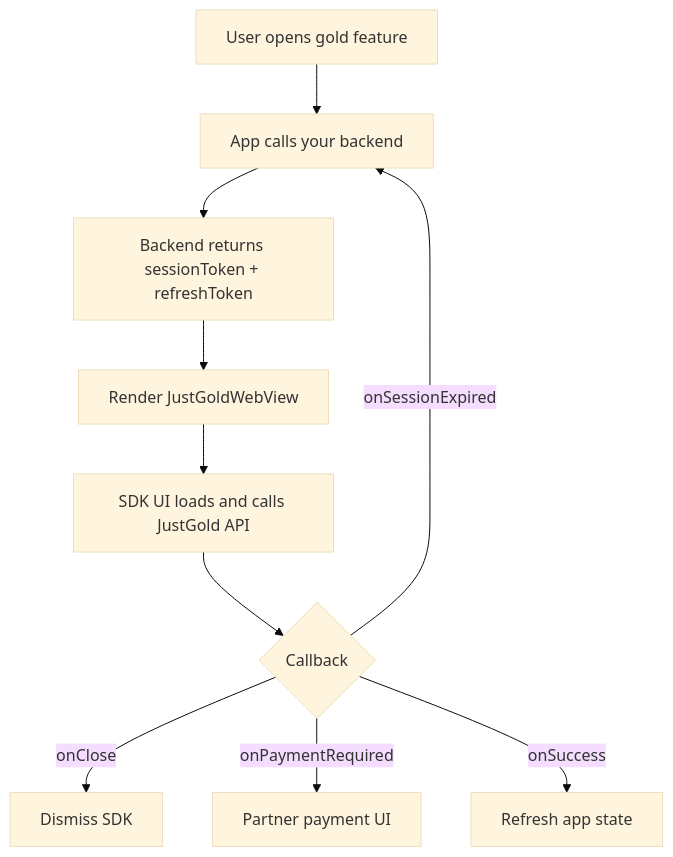
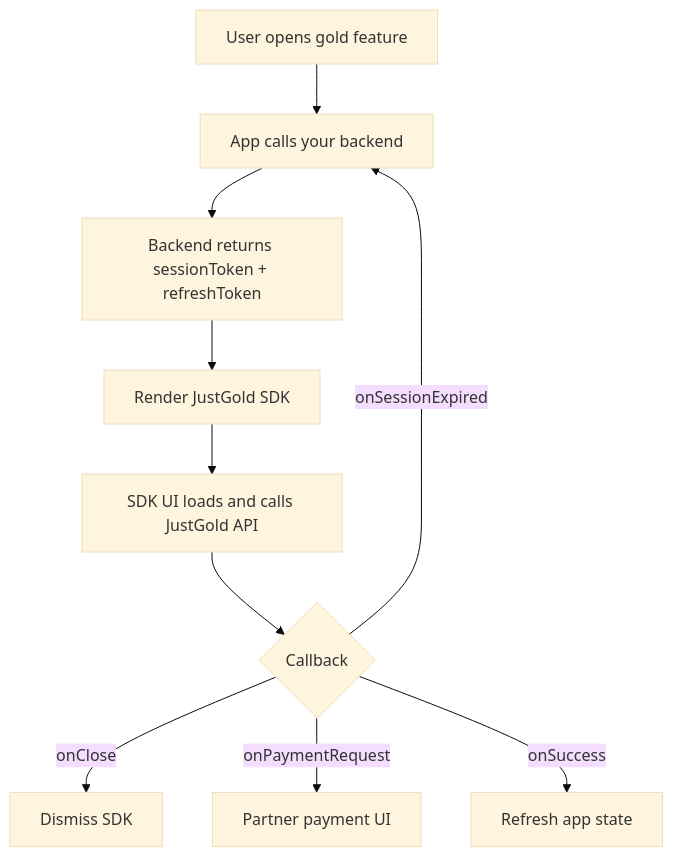
Before and after one commit to Just-Gold-JG/docs: the diagram in sdk/flutter.md, drawn with Mermaid (base theme). The commit also changed other lines of this file and 3 other files, not shown here.

````diff
--- a/sdk/flutter.md
+++ b/sdk/flutter.md
@@ -9,12 +9,12 @@
 ```mermaid
 flowchart TD
     A[User opens gold feature] --> B[App calls your backend]
     B --> C[Backend returns sessionToken + refreshToken]
-    C --> D[Render JustGoldWebView]
+    C --> D[Render JustGold SDK]
     D --> E[SDK UI loads and calls JustGold API]
     E --> F{Callback}
     F -->|onClose| G[Dismiss SDK]
-    F -->|onPaymentRequired| H[Partner payment UI]
+    F -->|onPaymentRequest| H[Partner payment UI]
     F -->|onSuccess| I[Refresh app state]
     F -->|onSessionExpired| B
 ```
````
